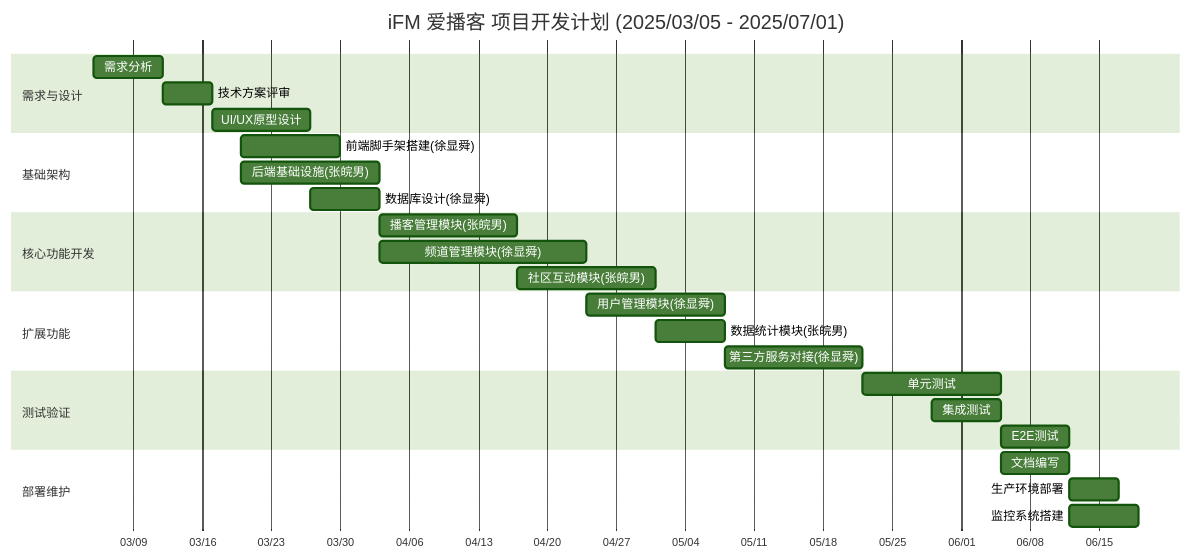
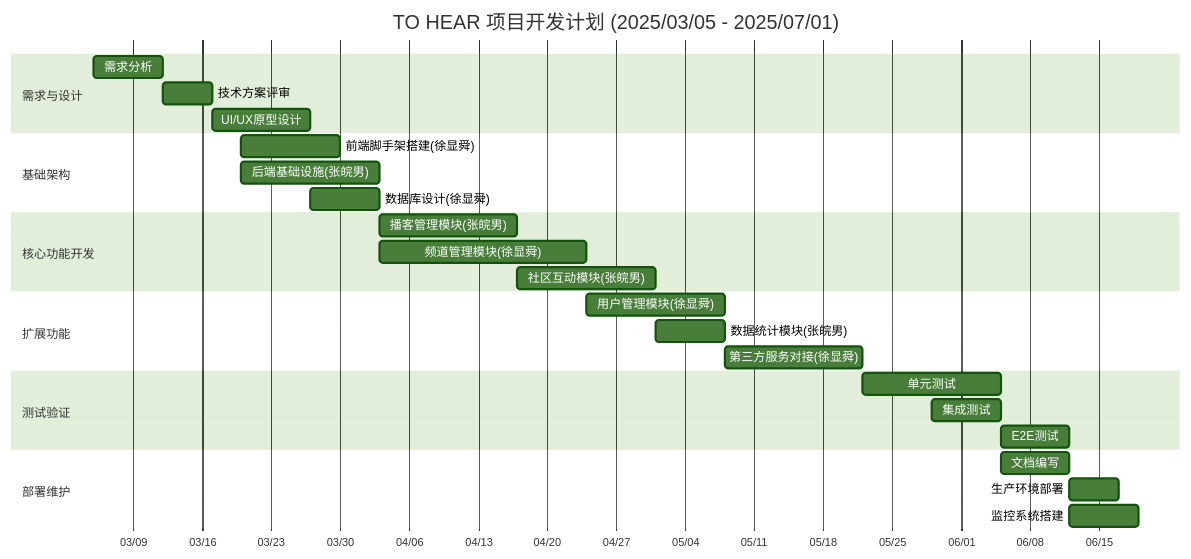
One commit to 2203Group7/docs changed the second of 2 diagrams in README.md. Above: the diagram before and after it, drawn with Mermaid (forest theme).

````diff
--- a/README.md
+++ b/README.md
@@ -119,36 +119,36 @@
 ```mermaid
 gantt
-    title iFM 爱播客 项目开发计划 (2025/03/05 - 2025/07/01)
+    title TO HEAR 项目开发计划 (2025/03/05 - 2025/07/01)
     dateFormat  YYYY-MM-DD
     axisFormat %m/%d
     
     section 需求与设计
     需求分析           :a1, 2025-03-05, 7d
     技术方案评审       :a2, after a1, 5d
     UI/UX原型设计      :a3, after a2, 10d
     
     section 基础架构
     前端脚手架搭建(徐显舜)  :b1, 2025-03-20, 10d
     后端基础设施(张皖男)   :b2, 2025-03-20, 14d
     数据库设计(徐显舜)    :b3, 2025-03-27, 7d
     
     section 核心功能开发
     播客管理模块(张皖男)  :c1, 2025-04-03, 14d
     频道管理模块(徐显舜)  :c2, 2025-04-03, 21d
     社区互动模块(张皖男)  :c3, 2025-04-17, 14d
     
     section 扩展功能
     用户管理模块(徐显舜)  :d1, 2025-04-24, 14d
     数据统计模块(张皖男)  :d2, 2025-05-01, 7d
     第三方服务对接(徐显舜) :d3, 2025-05-08, 14d
     
     section 测试验证
     单元测试           :e1, 2025-05-22, 14d
     集成测试           :e2, 2025-05-29, 7d
     E2E测试           :e3, 2025-06-05, 7d
     
     section 部署维护
     文档编写           :f1, 2025-06-05, 7d
     生产环境部署       :f2, 2025-06-12, 5d
     监控系统搭建       :f3, 2025-06-12, 7d
 ```
````
